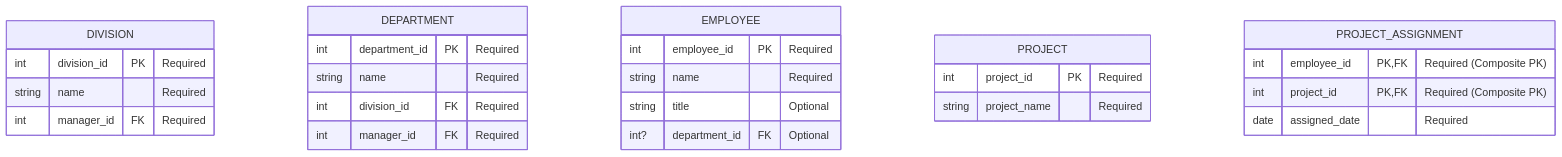
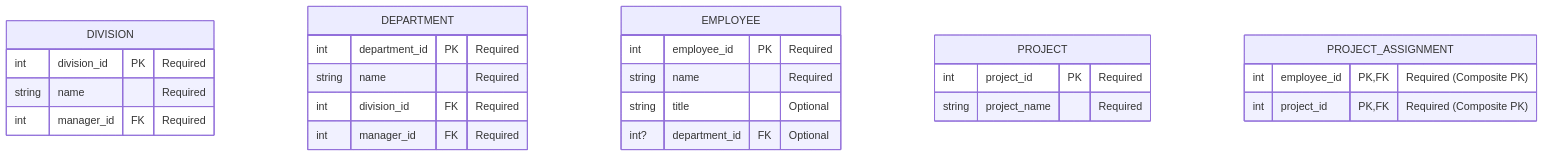
Before and after one commit to mszeihen/DatabaseProject-5725: the diagram in ERD_mid_diagram.qmd, drawn with Mermaid.

````diff
--- a/ERD_mid_diagram.qmd
+++ b/ERD_mid_diagram.qmd
@@ -14,33 +14,33 @@
 ```{mermaid}
 erDiagram
     DIVISION {
         int division_id PK "Required"
         string name "Required"
         int manager_id FK "Required"
     }
 
     DEPARTMENT {
         int department_id PK "Required"
         string name "Required"
         int division_id FK "Required"
         int manager_id FK "Required"
     }
 
     EMPLOYEE {
         int employee_id PK "Required"
         string name "Required"
         string title "Optional"
         int? department_id FK "Optional"
     }
 
     PROJECT {
         int project_id PK "Required"
         string project_name "Required"
     }
 
     PROJECT_ASSIGNMENT {
         int employee_id PK, FK "Required (Composite PK)"
         int project_id PK, FK "Required (Composite PK)"
-        date assigned_date "Required"
+
     }
 ```
````
